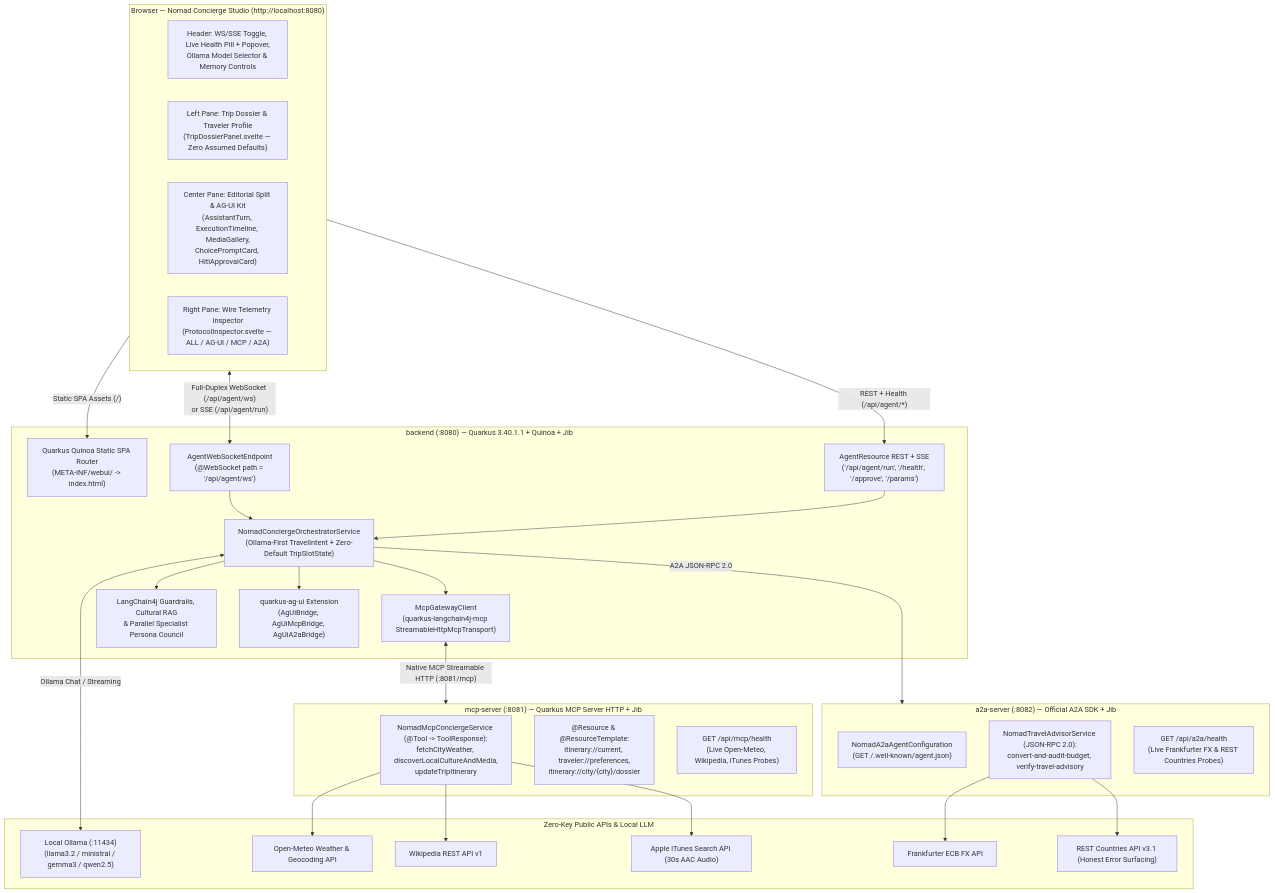
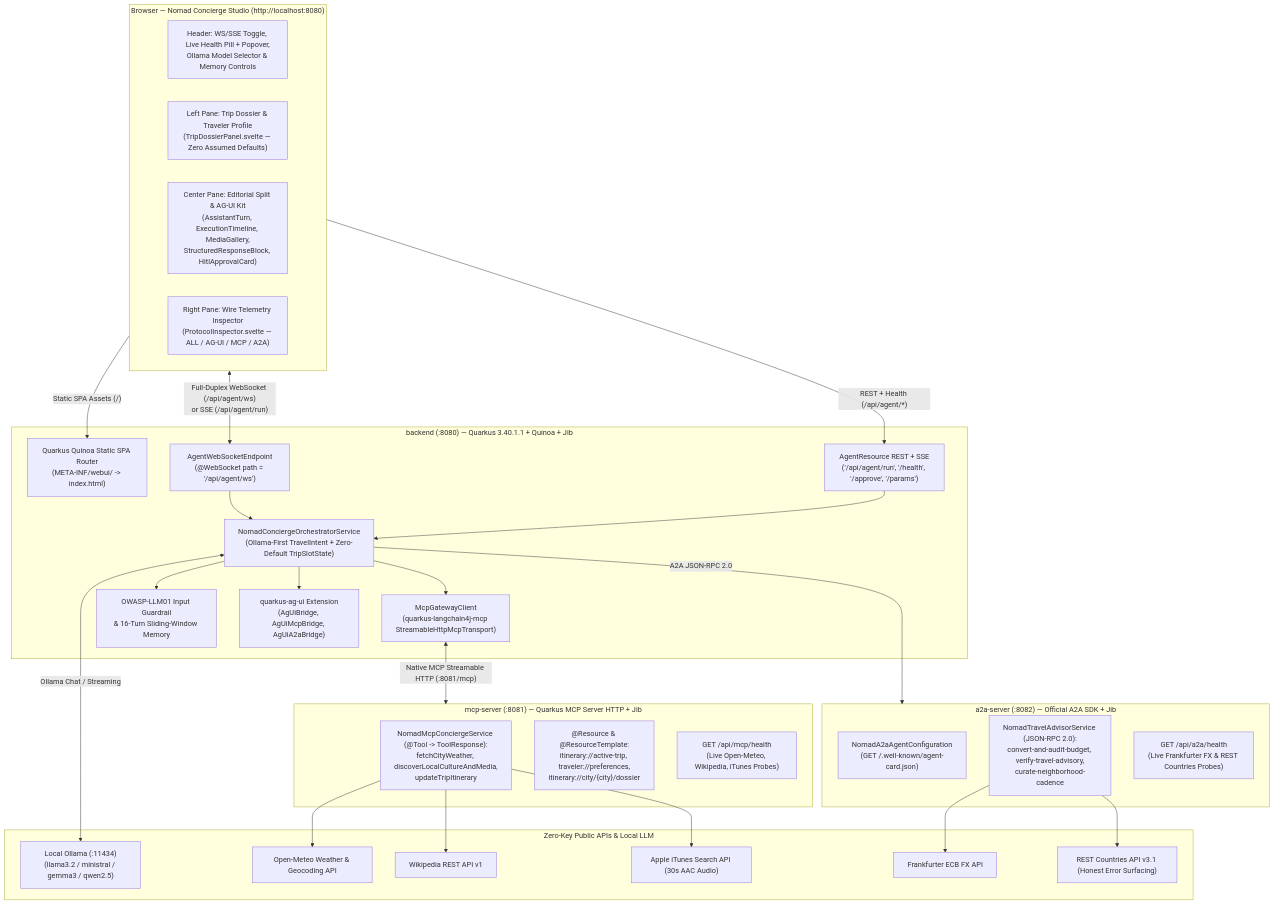
The first of 2 diagrams in examples/quarkus-svelte-skeleton/README.md (fmatar/quarkus-agui), drawn with Mermaid before and after one commit. The commit also changed other lines of this file and 3 other files, not shown here.

````diff
--- a/examples/quarkus-svelte-skeleton/README.md
+++ b/examples/quarkus-svelte-skeleton/README.md
@@ -24,57 +24,57 @@
 ```mermaid
 flowchart TB
     subgraph Browser["Browser — Nomad Concierge Studio (http://localhost:8080)"]
         UI_Header["Header: WS/SSE Toggle, Live Health Pill + Popover,<br/>Ollama Model Selector & Memory Controls"]
         UI_Left["Left Pane: Trip Dossier & Traveler Profile<br/>(TripDossierPanel.svelte — Zero Assumed Defaults)"]
-        UI_Center["Center Pane: Editorial Split & AG-UI Kit<br/>(AssistantTurn, ExecutionTimeline, MediaGallery,<br/>ChoicePromptCard, HitlApprovalCard)"]
+        UI_Center["Center Pane: Editorial Split & AG-UI Kit<br/>(AssistantTurn, ExecutionTimeline, MediaGallery,<br/>StructuredResponseBlock, HitlApprovalCard)"]
         UI_Right["Right Pane: Wire Telemetry Inspector<br/>(ProtocolInspector.svelte — ALL / AG-UI / MCP / A2A)"]
     end
 
     subgraph Backend["backend (:8080) — Quarkus 3.40.1.1 + Quinoa + Jib"]
         Quinoa["Quarkus Quinoa Static SPA Router<br/>(META-INF/webui/ -> index.html)"]
         WS["AgentWebSocketEndpoint<br/>(@WebSocket path = '/api/agent/ws')"]
         REST["AgentResource REST + SSE<br/>('/api/agent/run', '/health', '/approve', '/params')"]
         Orch["NomadConciergeOrchestratorService<br/>(Ollama-First TravelIntent + Zero-Default TripSlotState)"]
         McpClient["McpGatewayClient<br/>(quarkus-langchain4j-mcp StreamableHttpMcpTransport)"]
-        Guard["LangChain4j Guardrails, Cultural RAG<br/>& Parallel Specialist Persona Council"]
+        Guard["OWASP-LLM01 Input Guardrail<br/>& 16-Turn Sliding-Window Memory"]
         AgUiExt["quarkus-ag-ui Extension<br/>(AgUiBridge, AgUiMcpBridge, AgUiA2aBridge)"]
     end
 
     subgraph McpServer["mcp-server (:8081) — Quarkus MCP Server HTTP + Jib"]
         McpTools["NomadMcpConciergeService (@Tool -> ToolResponse):<br/>fetchCityWeather, discoverLocalCultureAndMedia,<br/>updateTripItinerary"]
-        McpRes["@Resource & @ResourceTemplate:<br/>itinerary://current, traveler://preferences,<br/>itinerary://city/{city}/dossier"]
+        McpRes["@Resource & @ResourceTemplate:<br/>itinerary://active-trip, traveler://preferences,<br/>itinerary://city/{city}/dossier"]
         McpHealth["GET /api/mcp/health<br/>(Live Open-Meteo, Wikipedia, iTunes Probes)"]
     end
 
     subgraph A2aServer["a2a-server (:8082) — Official A2A SDK + Jib"]
-        AgentCard["NomadA2aAgentConfiguration<br/>(GET /.well-known/agent.json)"]
-        A2aRpc["NomadTravelAdvisorService (JSON-RPC 2.0):<br/>convert-and-audit-budget, verify-travel-advisory"]
+        AgentCard["NomadA2aAgentConfiguration<br/>(GET /.well-known/agent-card.json)"]
+        A2aRpc["NomadTravelAdvisorService (JSON-RPC 2.0):<br/>convert-and-audit-budget, verify-travel-advisory,<br/>curate-neighborhood-cadence"]
         A2aHealth["GET /api/a2a/health<br/>(Live Frankfurter FX & REST Countries Probes)"]
     end
 
     subgraph External["Zero-Key Public APIs & Local LLM"]
         Ollama["Local Ollama (:11434)<br/>(llama3.2 / ministral / gemma3 / qwen2.5)"]
         OpenMeteo["Open-Meteo Weather & Geocoding API"]
         Wiki["Wikipedia REST API v1"]
         iTunes["Apple iTunes Search API (30s AAC Audio)"]
         ECB["Frankfurter ECB FX API"]
         RestCountries["REST Countries API v3.1 (Honest Error Surfacing)"]
     end
 
     Browser <-->|"Full-Duplex WebSocket (/api/agent/ws)<br/>or SSE (/api/agent/run)"| WS
     Browser -->|"Static SPA Assets (/)"| Quinoa
     Browser -->|"REST + Health (/api/agent/*)"| REST
     WS --> Orch
     REST --> Orch
     Orch --> Guard
     Orch --> AgUiExt
     Orch --> McpClient
     Orch <-->|"Ollama Chat / Streaming"| Ollama
     McpClient <-->|"Native MCP Streamable HTTP (:8081/mcp)"| McpServer
     Orch -->|"A2A JSON-RPC 2.0"| A2aServer
     McpTools --> OpenMeteo
     McpTools --> Wiki
     McpTools --> iTunes
     A2aRpc --> ECB
     A2aRpc --> RestCountries
 ```
````
